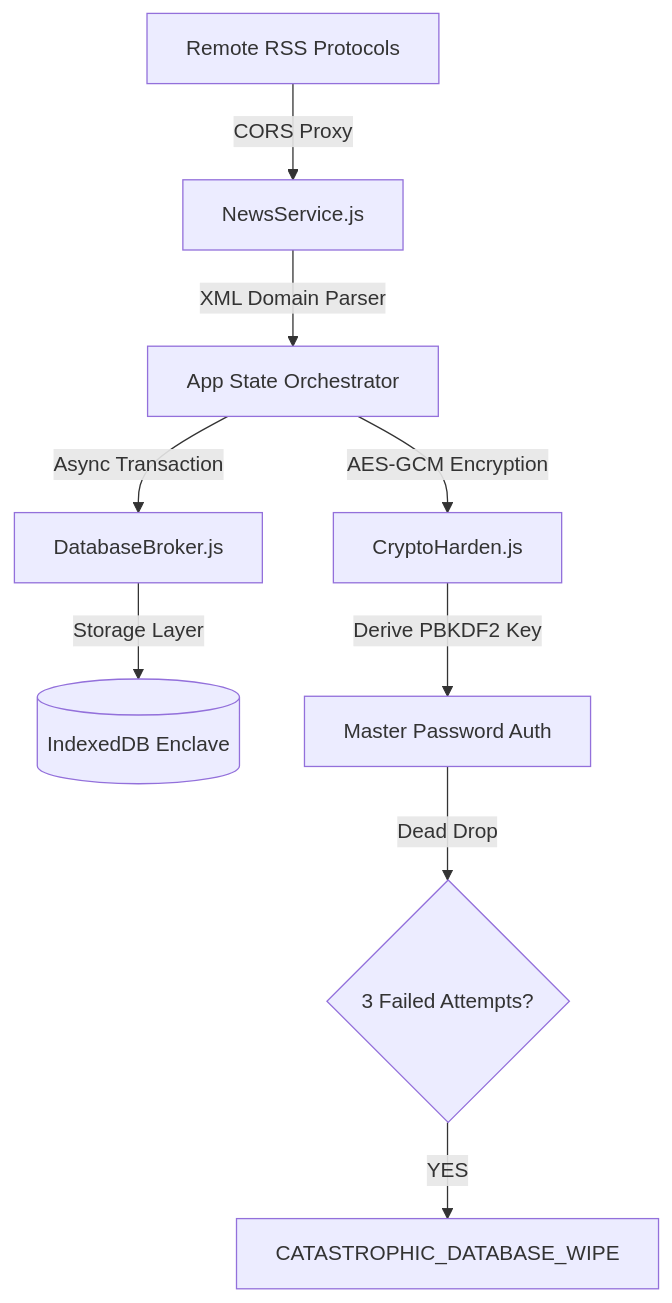
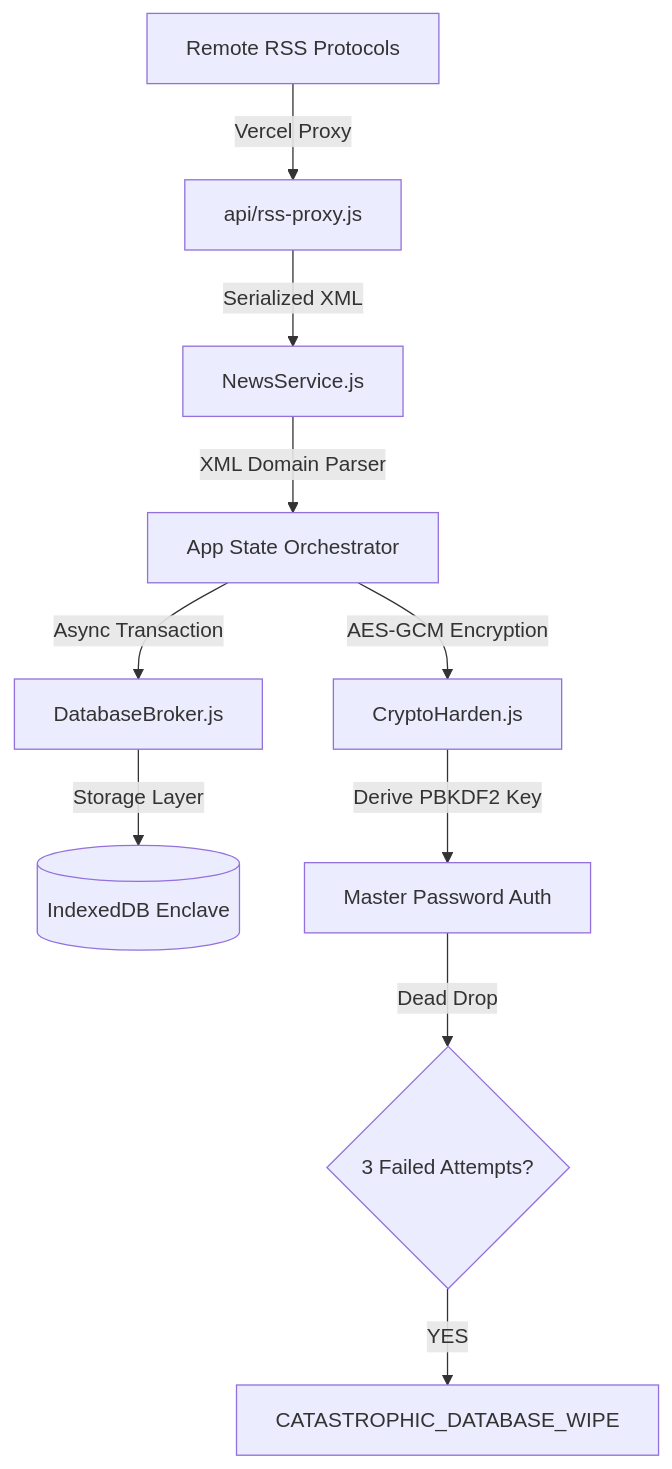
The diagram in README.md (venkatram-s/YANA), drawn with Mermaid before and after one commit. The commit also changed other lines of this file and 3 other files, not shown here.

````diff
--- a/README.md
+++ b/README.md
@@ -7,11 +7,12 @@
 ```mermaid
 graph TD
-    A[Remote RSS Protocols] -->|CORS Proxy| B[NewsService.js]
-    B -->|XML Domain Parser| C[App State Orchestrator]
-    C -->|AES-GCM Encryption| D[CryptoHarden.js]
-    C -->|Async Transaction| E[DatabaseBroker.js]
-    E -->|Storage Layer| F[(IndexedDB Enclave)]
-    D -->|Derive PBKDF2 Key| G[Master Password Auth]
-    G -->|Dead Drop| H{3 Failed Attempts?}
-    H -->|YES| I[CATASTROPHIC_DATABASE_WIPE]
+    A[Remote RSS Protocols] -->|Vercel Proxy| B[api/rss-proxy.js]
+    B -->|Serialized XML| C[NewsService.js]
+    C -->|XML Domain Parser| D[App State Orchestrator]
+    D -->|AES-GCM Encryption| E[CryptoHarden.js]
+    D -->|Async Transaction| F[DatabaseBroker.js]
+    F -->|Storage Layer| G[(IndexedDB Enclave)]
+    E -->|Derive PBKDF2 Key| H[Master Password Auth]
+    H -->|Dead Drop| I{3 Failed Attempts?}
+    I -->|YES| J[CATASTROPHIC_DATABASE_WIPE]
 ```
````
